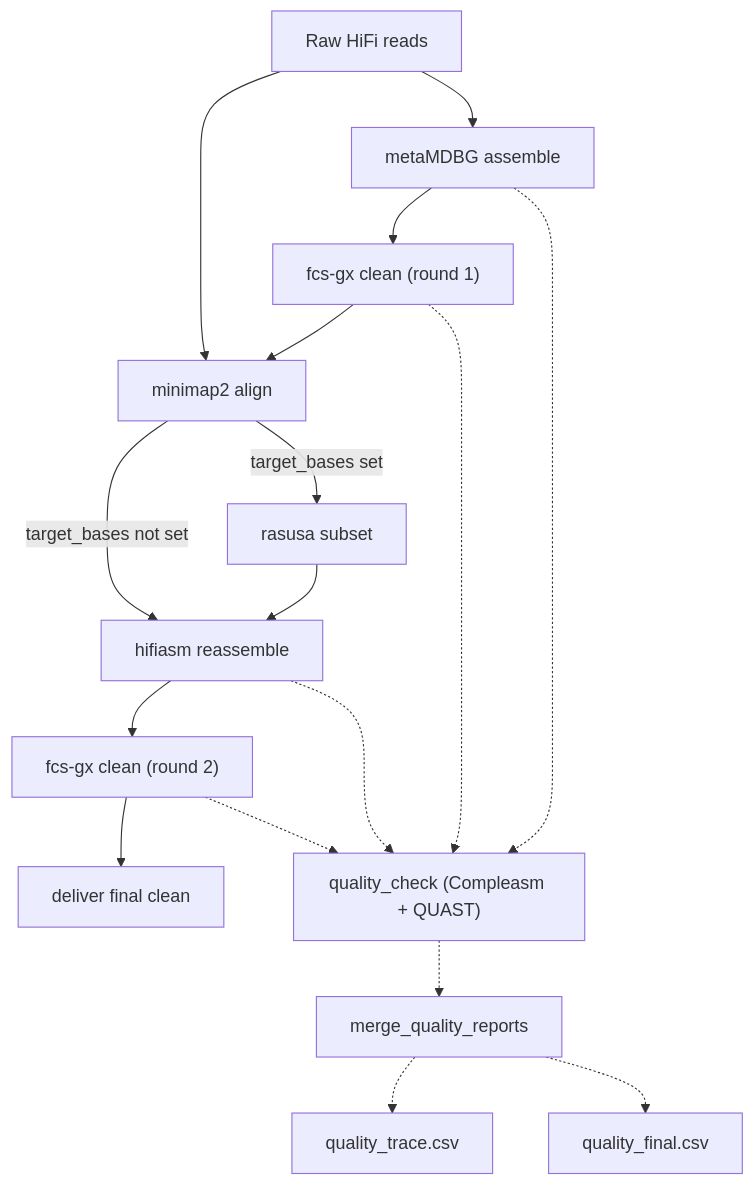
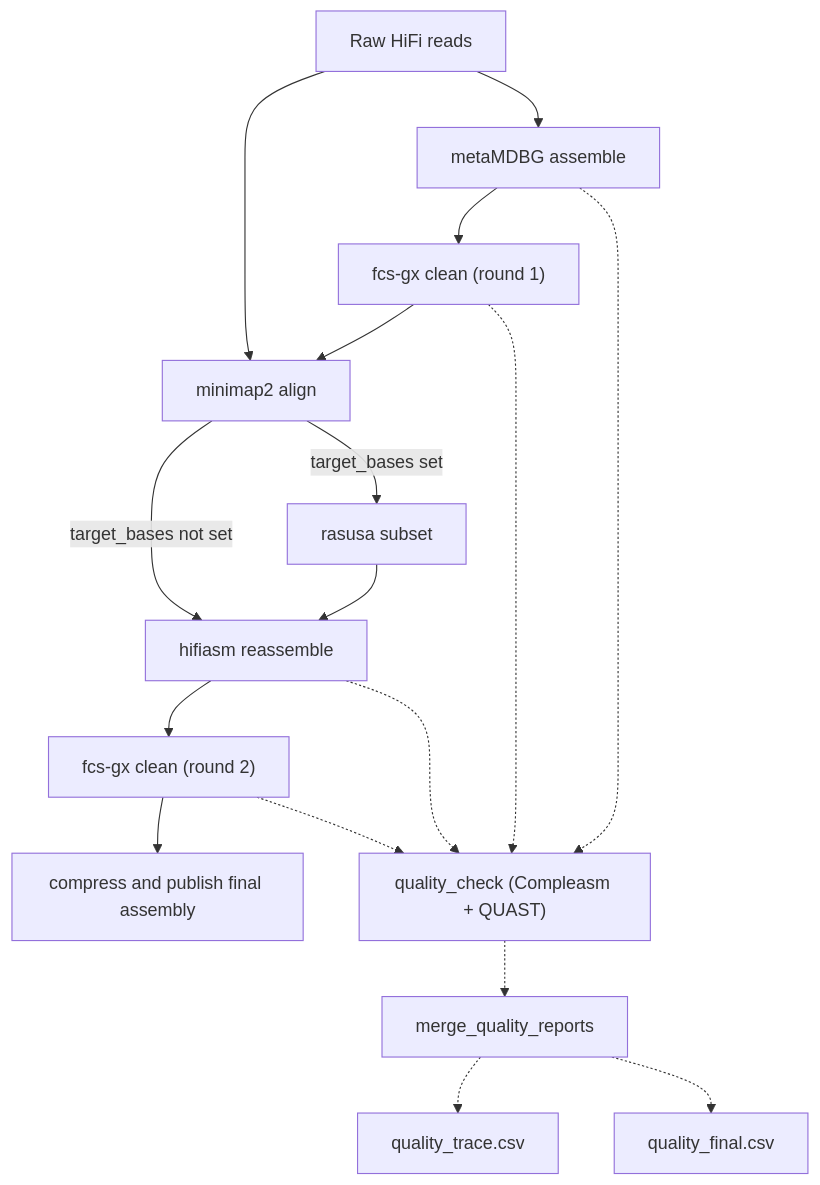
One commit to Yixuan39/targetasm changed the diagram in README.md. Above: the diagram before and after it, drawn with Mermaid. The commit also changed other lines of this file and 96 other files, not shown here.

````diff
--- a/README.md
+++ b/README.md
@@ -19,21 +21,21 @@
 ```mermaid
 graph TD
     RAW["Raw HiFi reads"] --> MDBG["metaMDBG assemble"]
     MDBG --> FCS1["fcs-gx clean (round 1)"]
     FCS1 --> MM["minimap2 align"]
     RAW --> MM
     MM -->|target_bases set| RAS["rasusa subset"]
     RAS --> HIFI["hifiasm reassemble"]
     MM -->|target_bases not set| HIFI
     HIFI --> FCS2["fcs-gx clean (round 2)"]
-    FCS2 --> DELIVER["deliver final clean"]
+    FCS2 --> DELIVER["compress and publish final assembly"]
     
     %% Optional QC branch
     MDBG -.-> QC["quality_check (Compleasm + QUAST)"]
     FCS1 -.-> QC
     HIFI -.-> QC
     FCS2 -.-> QC
     QC -.-> MERGE["merge_quality_reports"]
     MERGE -.-> TRACE["quality_trace.csv"]
     MERGE -.-> FINAL["quality_final.csv"]
 ```
````
